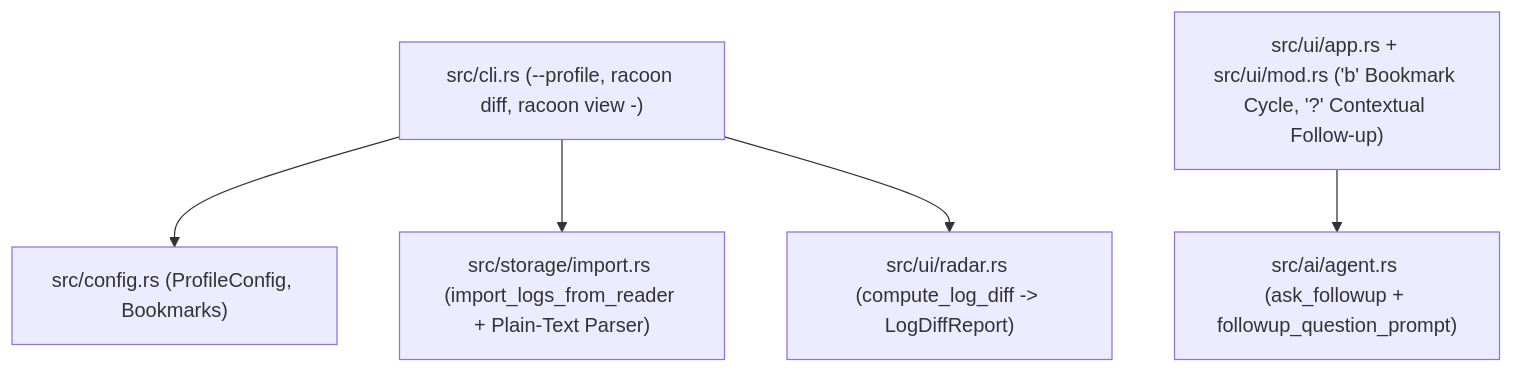
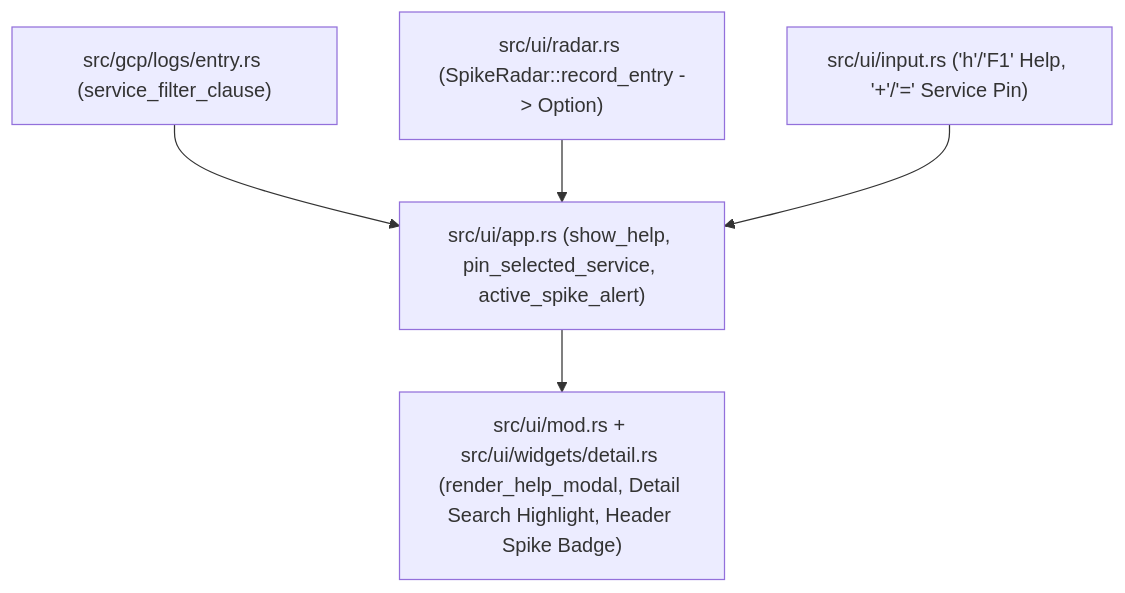
Before and after one commit to Staninbui/racoon: the diagram in .ai-context/tech-spec.md, drawn with Mermaid. The commit also changed other lines of this file and 14 other files, not shown here.

Commit message:
feat(phase3): add help modal (h/F1), live spike alerting, service pin (+), detail search highlight, and v0.2.0 changelog

````diff
--- a/.ai-context/tech-spec.md
+++ b/.ai-context/tech-spec.md
@@ -5,7 +5,7 @@
 ```mermaid
 flowchart TD
-    CLI["src/cli.rs (--profile, racoon diff, racoon view -)"] --> Config["src/config.rs (ProfileConfig, Bookmarks)"]
-    CLI --> Import["src/storage/import.rs (import_logs_from_reader + Plain-Text Parser)"]
-    CLI --> Diff["src/ui/radar.rs (compute_log_diff -> LogDiffReport)"]
-    TUI["src/ui/app.rs + src/ui/mod.rs ('b' Bookmark Cycle, '?' Contextual Follow-up)"] --> AI["src/ai/agent.rs (ask_followup + followup_question_prompt)"]
+    Entry["src/gcp/logs/entry.rs (service_filter_clause)"] --> App["src/ui/app.rs (show_help, pin_selected_service, active_spike_alert)"]
+    Radar["src/ui/radar.rs (SpikeRadar::record_entry -> Option<SpikeAlert>)"] --> App
+    Input["src/ui/input.rs ('h'/'F1' Help, '+'/'=' Service Pin)"] --> App
+    App --> UI["src/ui/mod.rs + src/ui/widgets/detail.rs (render_help_modal, Detail Search Highlight, Header Spike Badge)"]
 ```
````
